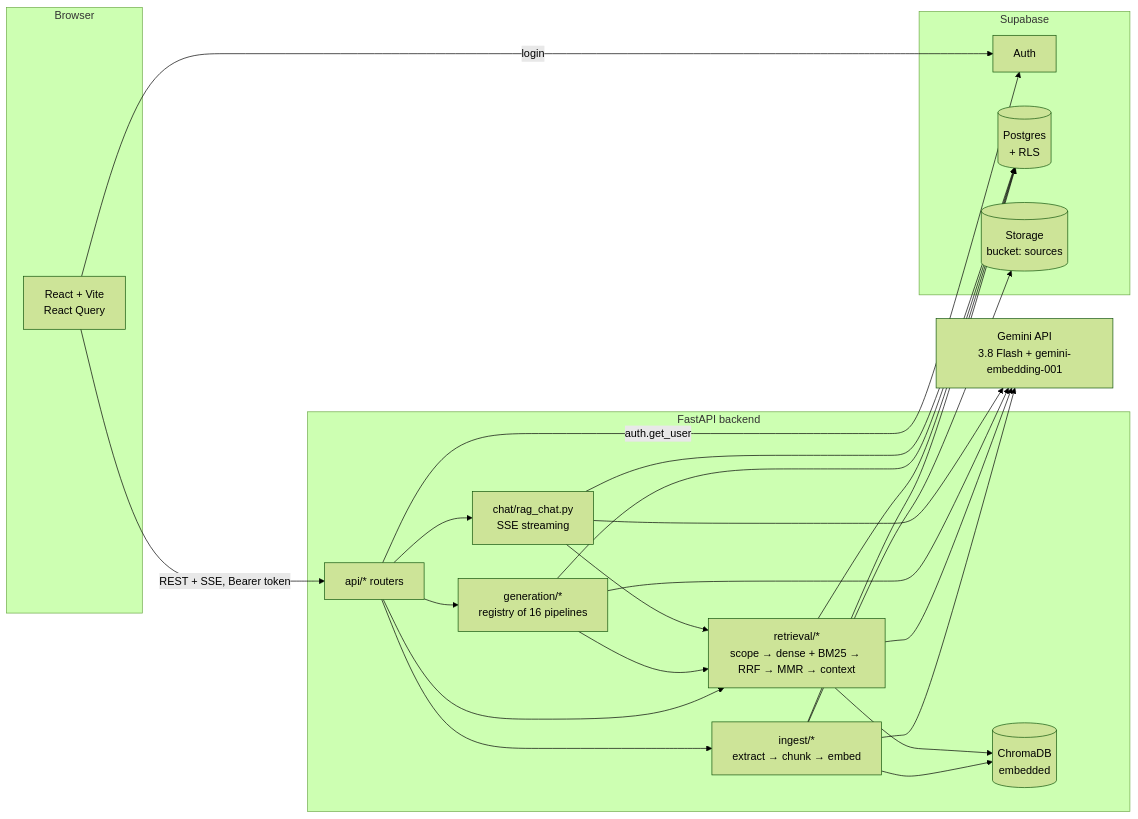
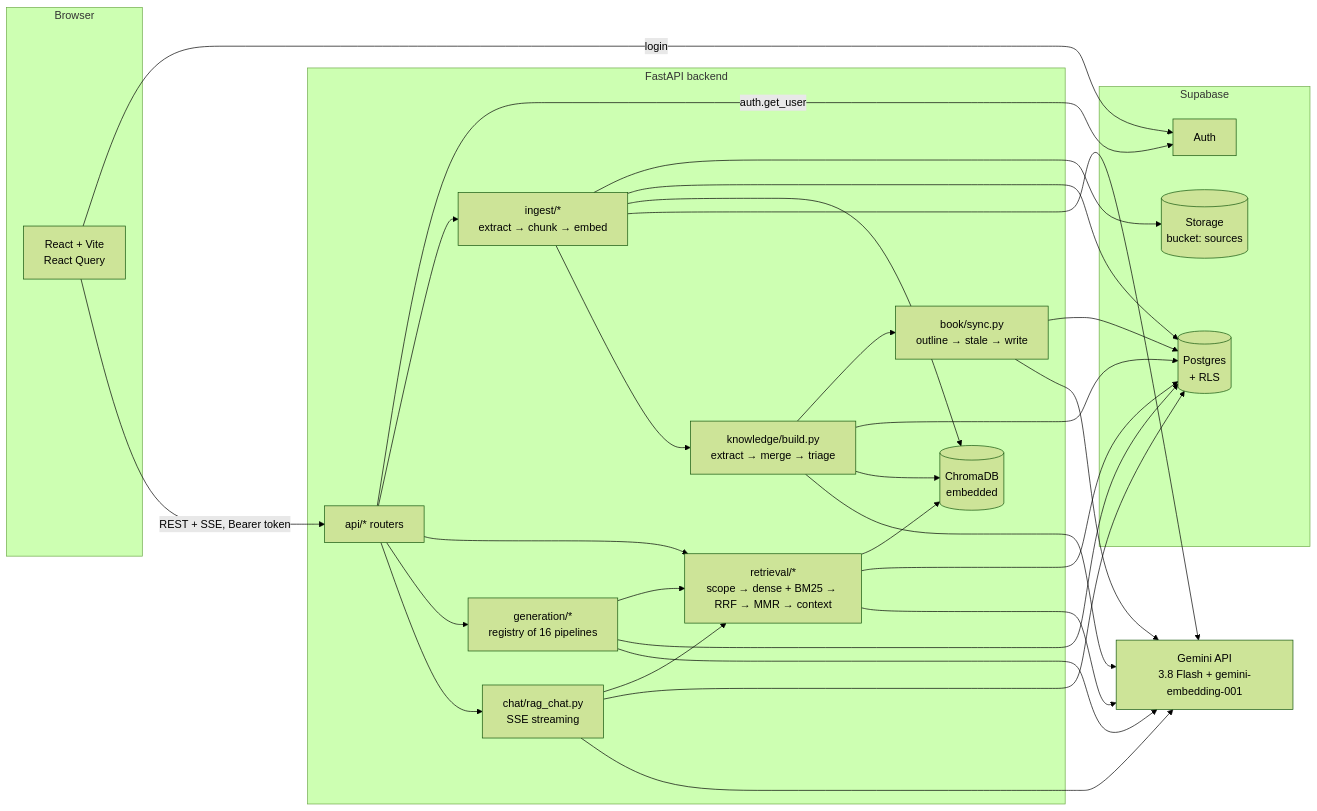
The diagram in docs/ARCHITECTURE.md (Lukey-7/StudyForge), drawn with Mermaid (forest theme) before and after one commit. The commit also changed other lines of this file and 2 other files, not shown here.

First line of the commit message:
docs: knowledge map and book in README, study guide and architecture

````diff
--- a/docs/ARCHITECTURE.md
+++ b/docs/ARCHITECTURE.md
@@ -3,29 +3,34 @@
 ```mermaid
 flowchart LR
   subgraph Browser
     UI[React + Vite<br/>React Query]
   end
   subgraph Supabase
     AUTH[Auth]
     PG[(Postgres<br/>+ RLS)]
     ST[(Storage<br/>bucket: sources)]
   end
   subgraph Backend[FastAPI backend]
     API[api/* routers]
     ING[ingest/*<br/>extract → chunk → embed]
     RET[retrieval/*<br/>scope → dense + BM25 → RRF → MMR → context]
     GEN[generation/*<br/>registry of 16 pipelines]
     CHAT[chat/rag_chat.py<br/>SSE streaming]
+    KM[knowledge/build.py<br/>extract → merge → triage]
+    BOOK[book/sync.py<br/>outline → stale → write]
     CH[(ChromaDB<br/>embedded)]
   end
   GEM[Gemini API<br/>3.8 Flash + gemini-embedding-001]
 
   UI -- login --> AUTH
   UI -- REST + SSE, Bearer token --> API
   API -- auth.get_user --> AUTH
   API --> ING & RET & GEN & CHAT
   ING --> ST & PG & CH & GEM
   RET --> CH & PG & GEM
   GEN --> RET & PG & GEM
   CHAT --> RET & PG & GEM
+  ING --> KM --> BOOK
+  KM --> PG & CH & GEM
+  BOOK --> PG & GEM
 ```
````
